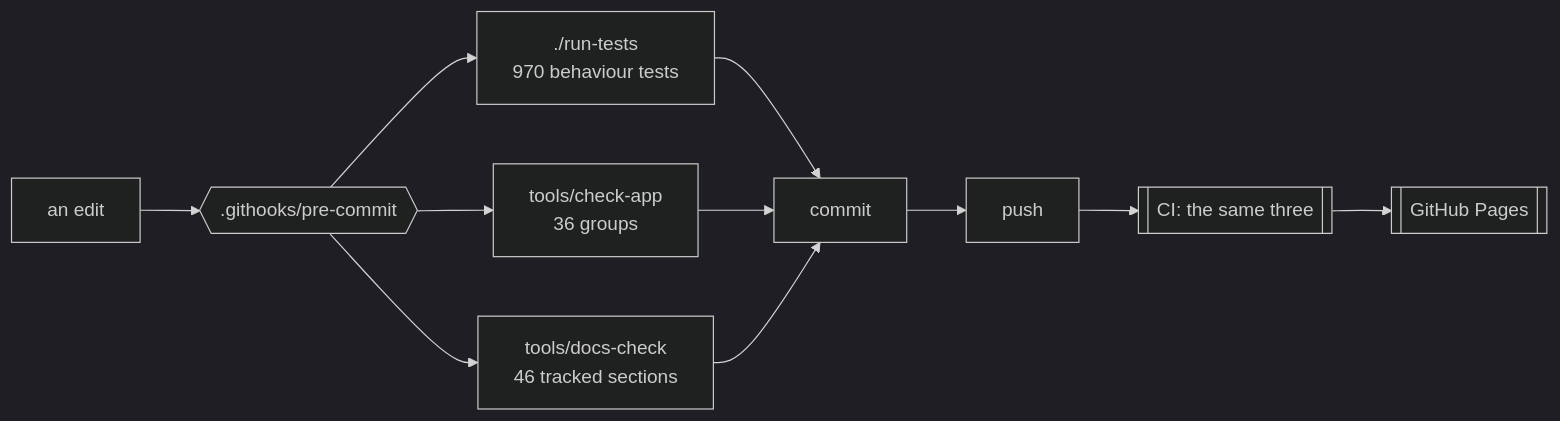
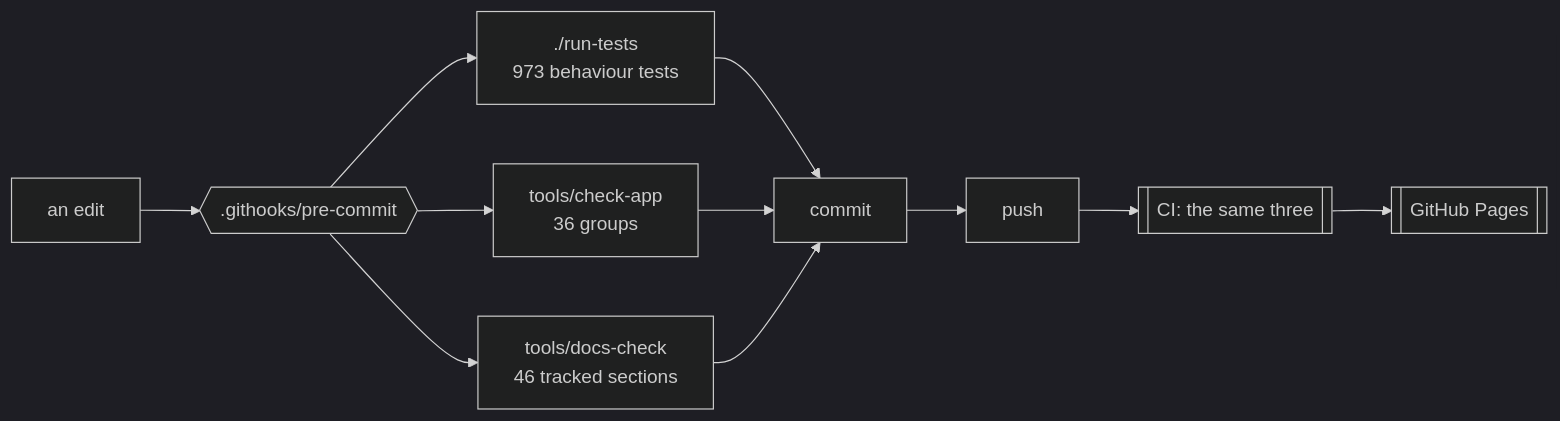
Before and after one commit to minormending/crystal-pilot-mobile: the first of 3 diagrams in docs/DEVELOPING.md, drawn with Mermaid (dark theme). The commit also changed other lines of this file and 7 other files, not shown here.

````diff
--- a/docs/DEVELOPING.md
+++ b/docs/DEVELOPING.md
@@ -15,12 +15,12 @@
 ```mermaid
 flowchart LR
     E[an edit] --> H{{".githooks/pre-commit"}}
-    H --> T["./run-tests<br/>970 behaviour tests"]
+    H --> T["./run-tests<br/>973 behaviour tests"]
     H --> C["tools/check-app<br/>36 groups"]
     H --> D["tools/docs-check<br/>46 tracked sections"]
     T --> OK[commit]
     C --> OK
     D --> OK
     OK --> P[push] --> CI[["CI: the same three"]]
     CI --> PG[[GitHub Pages]]
 ```
````
